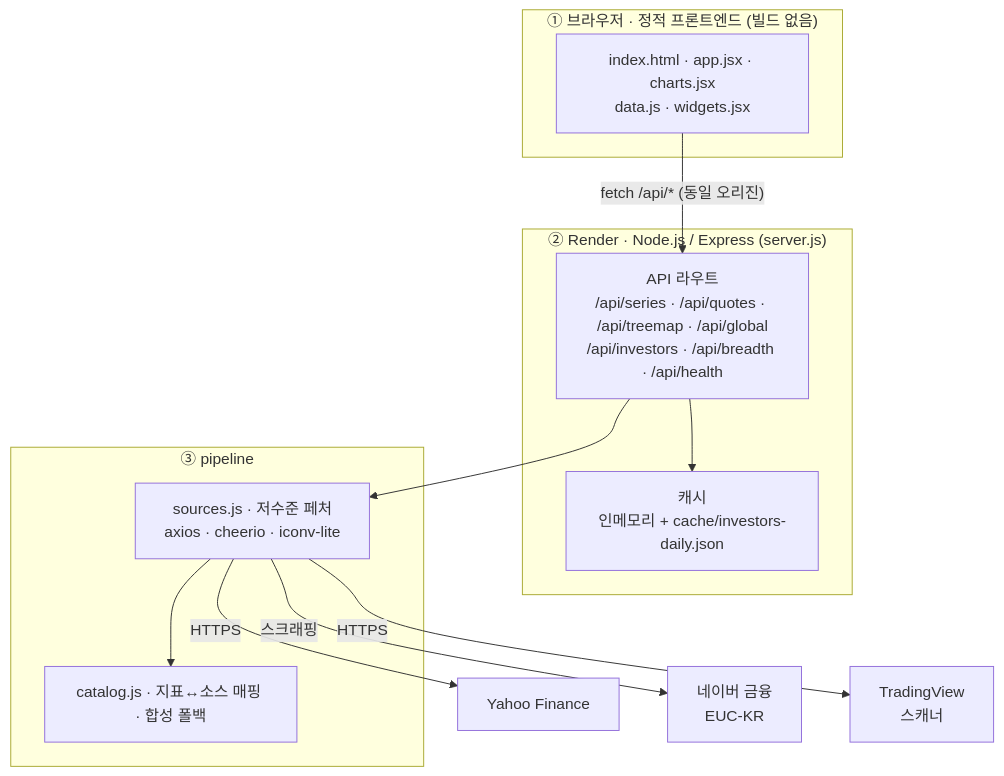
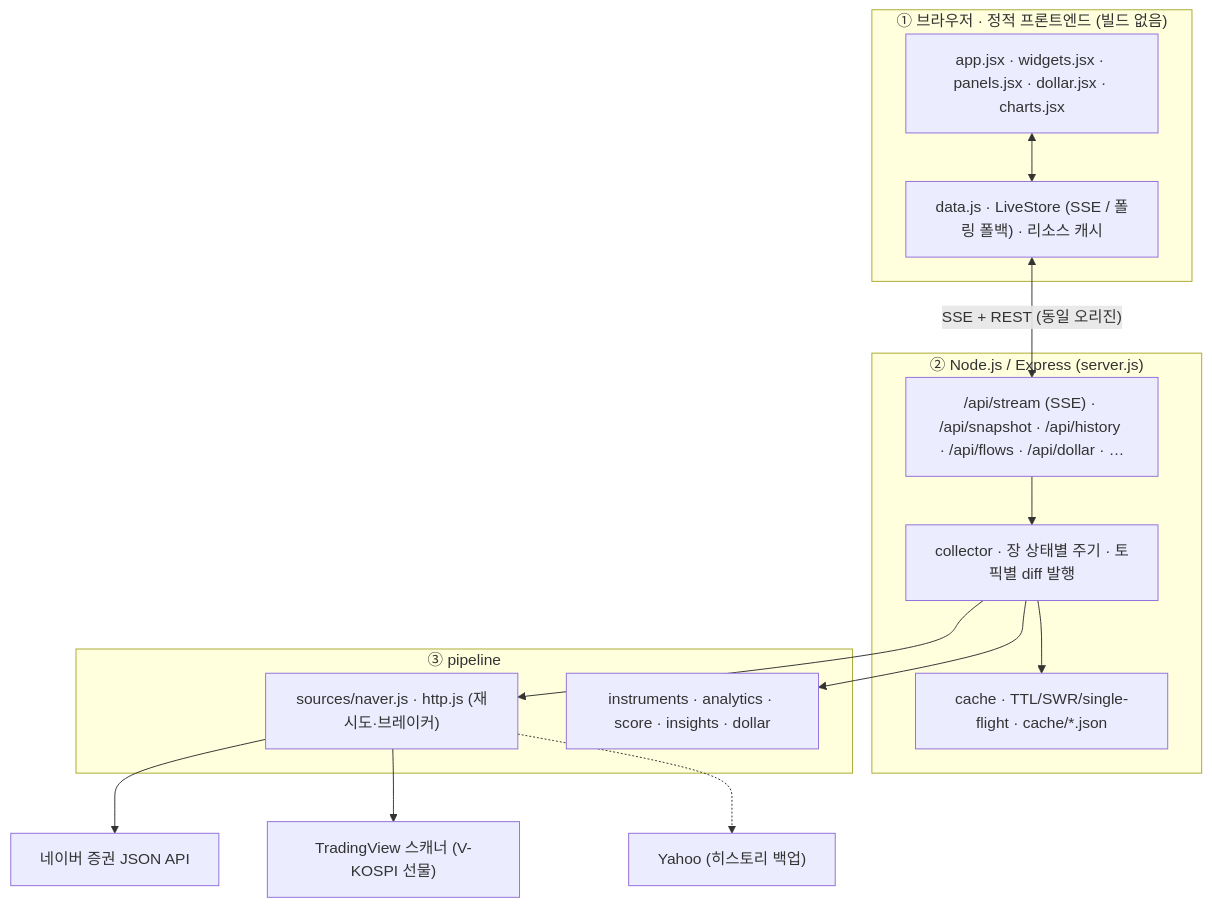
The diagram in README.md (nohkihyeon/macro), drawn with Mermaid before and after one commit. The commit also changed other lines of this file and 64 other files, not shown here.

Commit message:
네이버 배치 API·SSE 실시간 수집으로 전면 개편, 달러 탭 추가

````diff
--- a/README.md
+++ b/README.md
@@ -27,25 +52,27 @@
 ```mermaid
 flowchart TD
     subgraph B["① 브라우저 · 정적 프론트엔드 (빌드 없음)"]
-        UI["index.html · app.jsx · charts.jsx<br/>data.js · widgets.jsx"]
+        UI["app.jsx · widgets.jsx · panels.jsx · dollar.jsx · charts.jsx"]
+        LS["data.js · LiveStore (SSE / 폴링 폴백) · 리소스 캐시"]
     end
-    subgraph S["② Render · Node.js / Express (server.js)"]
-        API["API 라우트<br/>/api/series · /api/quotes · /api/treemap · /api/global<br/>/api/investors · /api/breadth · /api/health"]
-        CA["캐시<br/>인메모리 + cache/investors-daily.json"]
+    subgraph S["② Node.js / Express (server.js)"]
+        API["/api/stream (SSE) · /api/snapshot · /api/history · /api/flows · /api/dollar · …"]
+        COL["collector · 장 상태별 주기 · 토픽별 diff 발행"]
+        CA["cache · TTL/SWR/single-flight · cache/*.json"]
     end
     subgraph P["③ pipeline"]
-        SRC["sources.js · 저수준 페처<br/>axios · cheerio · iconv-lite"]
-        CAT["catalog.js · 지표↔소스 매핑 · 합성 폴백"]
+        SRC["sources/naver.js · http.js (재시도·브레이커)"]
+        AN["instruments · analytics · score · insights · dollar"]
     end
-    Y["Yahoo Finance"]
-    N["네이버 금융<br/>EUC-KR"]
-    T["TradingView<br/>스캐너"]
+    N["네이버 증권 JSON API"]
+    T["TradingView 스캐너 (V-KOSPI 선물)"]
+    Y["Yahoo (히스토리 백업)"]
 
-    UI -->|"fetch /api/* (동일 오리진)"| API
-    API --> CA
-    API --> SRC
-    SRC --> CAT
-    SRC -->|HTTPS| Y
-    SRC -->|스크래핑| N
-    SRC -->|HTTPS| T
+    UI <--> LS
+    LS <-->|"SSE + REST (동일 오리진)"| API
+    API --> COL --> CA
+    COL --> SRC --> N
+    SRC --> T
+    SRC -.-> Y
+    COL --> AN
 ```
````
